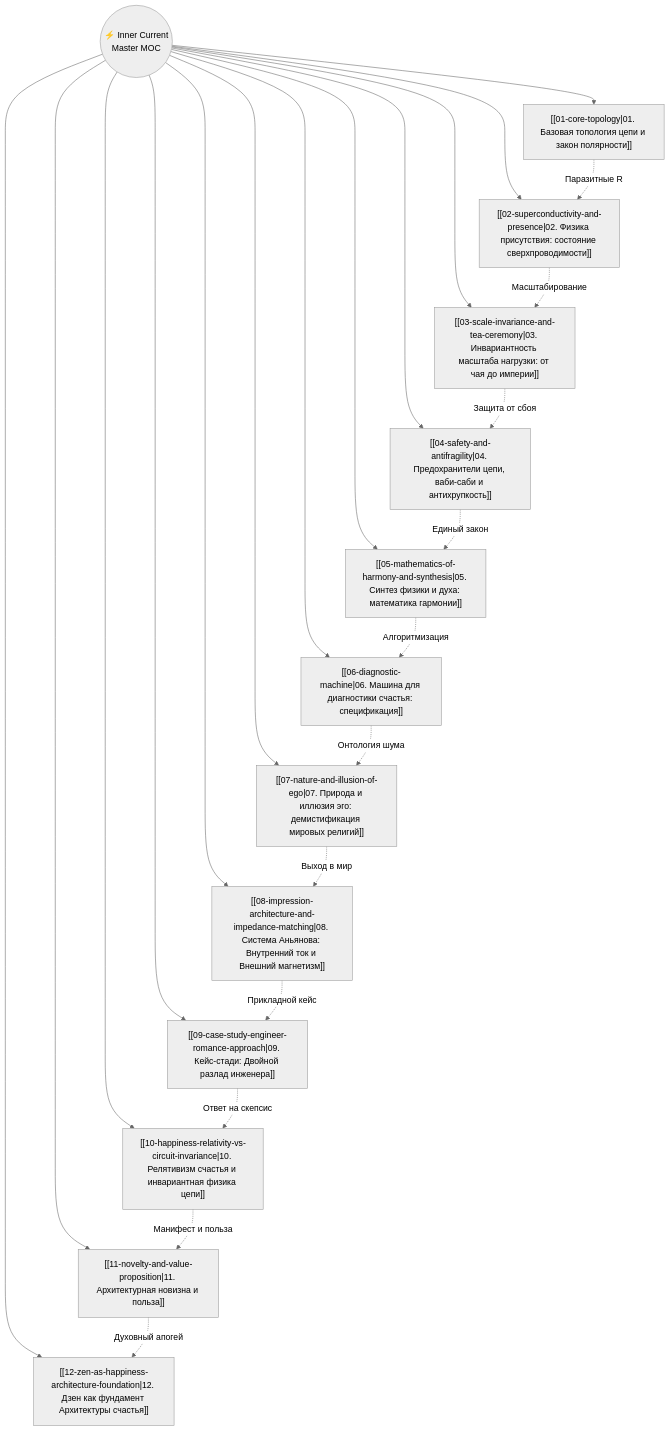
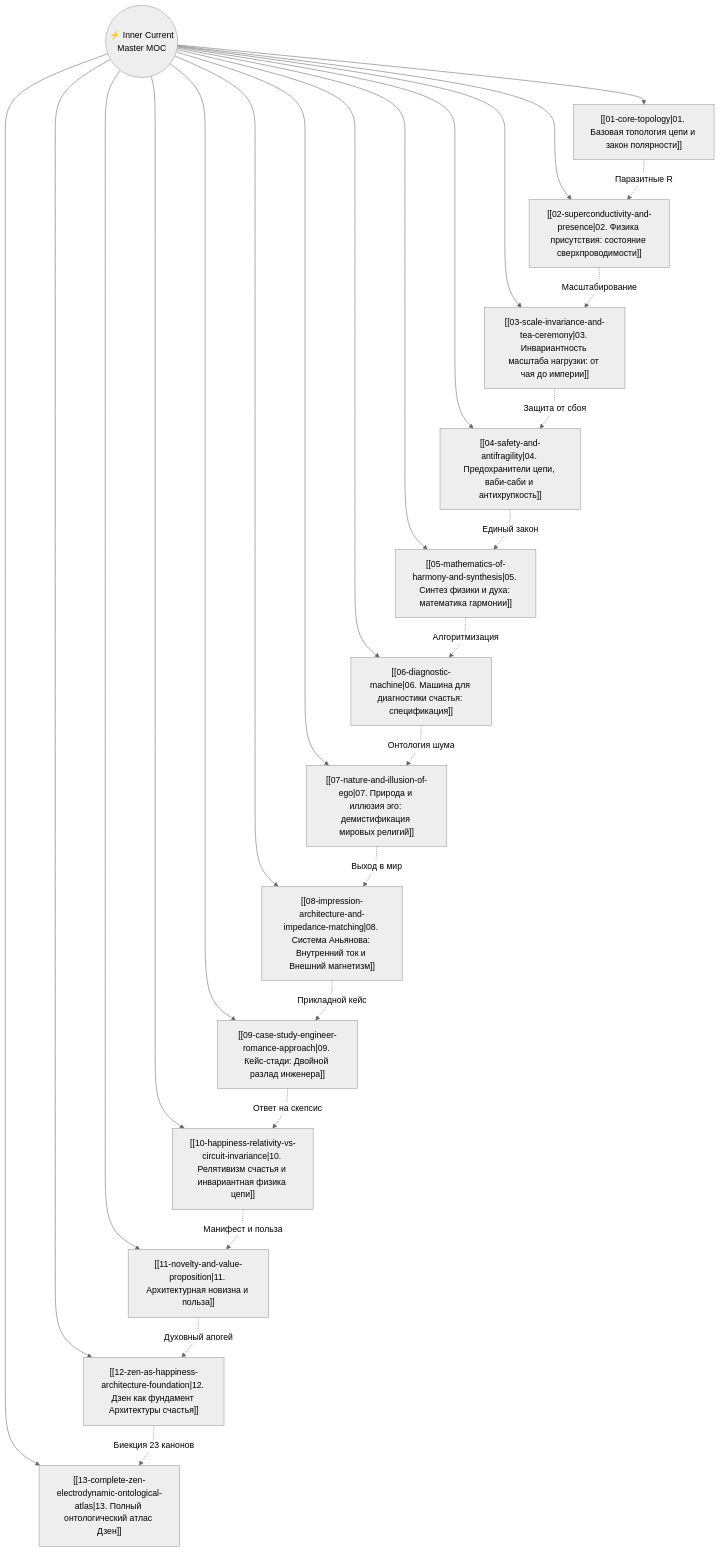
Before and after one commit to vsanyanov-ux/inner-current: the first of 2 diagrams in wiki/Inner Current - MOC.md, drawn with Mermaid (neutral theme). The commit also changed other lines of this file and 9 other files, not shown here.

Commit message:
feat(zen): complete 23-canon Zen ontological atlas, types and tests

````diff
--- a/wiki/Inner Current - MOC.md
+++ b/wiki/Inner Current - MOC.md
@@ -43,42 +44,45 @@
 ```mermaid
 flowchart TD
     MOC(("⚡ Inner Current<br/>Master MOC"))
 
     N1["[[01-core-topology|01. Базовая топология цепи и закон полярности]]"]
     N2["[[02-superconductivity-and-presence|02. Физика присутствия: состояние сверхпроводимости]]"]
     N3["[[03-scale-invariance-and-tea-ceremony|03. Инвариантность масштаба нагрузки: от чая до империи]]"]
     N4["[[04-safety-and-antifragility|04. Предохранители цепи, ваби-саби и антихрупкость]]"]
     N5["[[05-mathematics-of-harmony-and-synthesis|05. Синтез физики и духа: математика гармонии]]"]
     N6["[[06-diagnostic-machine|06. Машина для диагностики счастья: спецификация]]"]
     N7["[[07-nature-and-illusion-of-ego|07. Природа и иллюзия эго: демистификация мировых религий]]"]
     N8["[[08-impression-architecture-and-impedance-matching|08. Система Аньянова: Внутренний ток и Внешний магнетизм]]"]
     N9["[[09-case-study-engineer-romance-approach|09. Кейс-стади: Двойной разлад инженера]]"]
     N10["[[10-happiness-relativity-vs-circuit-invariance|10. Релятивизм счастья и инвариантная физика цепи]]"]
     N11["[[11-novelty-and-value-proposition|11. Архитектурная новизна и польза]]"]
     N12["[[12-zen-as-happiness-architecture-foundation|12. Дзен как фундамент Архитектуры счастья]]"]
+    N13["[[13-complete-zen-electrodynamic-ontological-atlas|13. Полный онтологический атлас Дзен]]"]
 
     MOC --> N1
     MOC --> N2
     MOC --> N3
     MOC --> N4
     MOC --> N5
     MOC --> N6
     MOC --> N7
     MOC --> N8
     MOC --> N9
     MOC --> N10
     MOC --> N11
     MOC --> N12
+    MOC --> N13
 
     N1 -.->|"Паразитные R"| N2
     N2 -.->|"Масштабирование"| N3
     N3 -.->|"Защита от сбоя"| N4
     N4 -.->|"Единый закон"| N5
     N5 -.->|"Алгоритмизация"| N6
     N6 -.->|"Онтология шума"| N7
     N7 -.->|"Выход в мир"| N8
     N8 -.->|"Прикладной кейс"| N9
     N9 -.->|"Ответ на скепсис"| N10
     N10 -.->|"Манифест и польза"| N11
     N11 -.->|"Духовный апогей"| N12
+    N12 -.->|"Биекция 23 канонов"| N13
 ```
````
